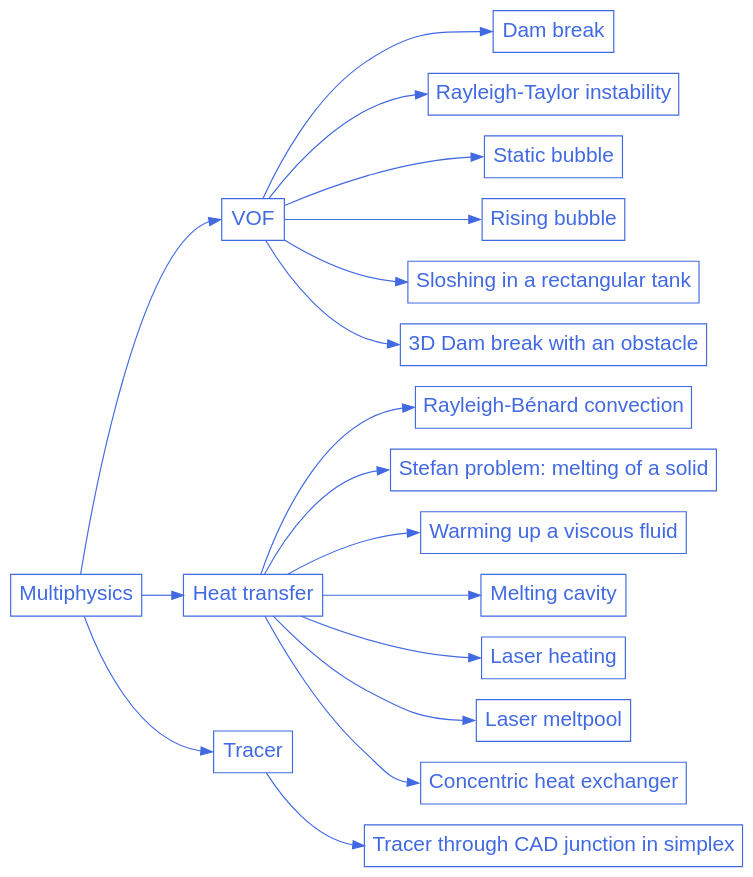
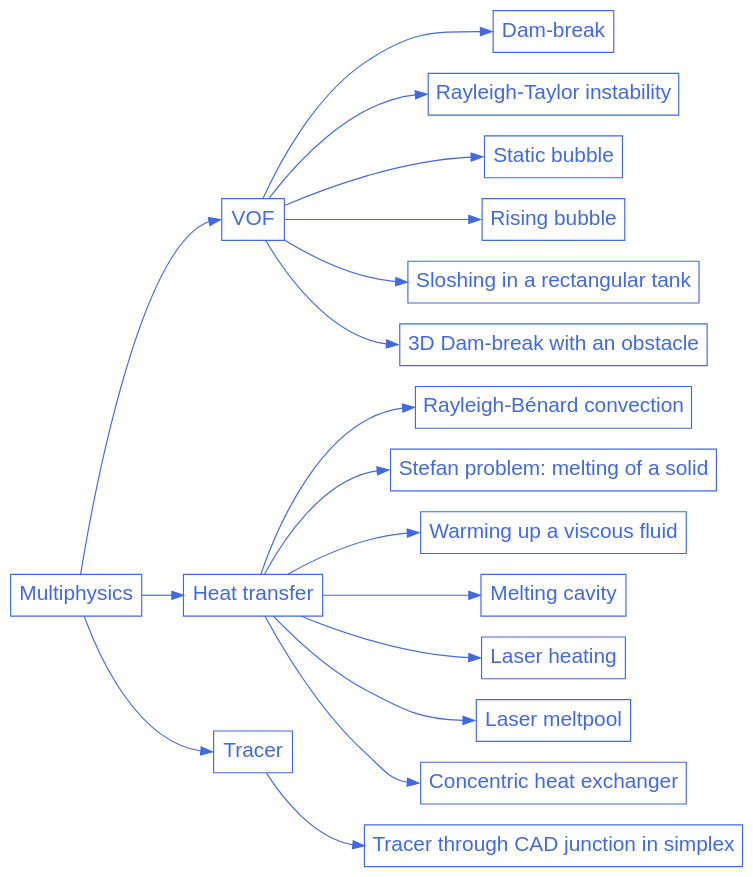
One commit to chaos-polymtl/lethe changed the diagram in doc/source/examples/multiphysics/multiphysics.rst. Above: the diagram before and after it, drawn with Graphviz. The commit also changed 23 other files, not shown here.

```diff
--- a/doc/source/examples/multiphysics/multiphysics.rst
+++ b/doc/source/examples/multiphysics/multiphysics.rst
@@ -14,66 +14,66 @@
 .. graphviz:: 
 
     digraph multiphysics_diagram {
       graph [bgcolor="transparent", align=true];
       node [fontname=Arial, fontsize=18, shape=box, fontcolor=royalblue, color=royalblue];
       edge [color=royalblue];
       rankdir="LR";
       size = "9,9";
       
       multiphysics [label="Multiphysics", href="https://lethe-cfd.github.io/lethe/examples/multiphysics/multiphysics.html"];
 
       multiphysics_1 [label="VOF", href="https://lethe-cfd.github.io/lethe/examples/multiphysics/vof.html"];  
 
-      multiphysics_1_1 [label="Dam break", href="https://lethe-cfd.github.io/lethe/examples/multiphysics/dam-break/dam-break.html"];  
+      multiphysics_1_1 [label="Dam-break", href="https://lethe-cfd.github.io/lethe/examples/multiphysics/dam-break/dam-break.html"];  
 
       multiphysics_1_2 [label="Rayleigh-Taylor instability", href="https://lethe-cfd.github.io/lethe/examples/multiphysics/rayleigh-taylor-instability/rayleigh-taylor-instability.html"];  
 
       multiphysics_1_3 [label="Static bubble", href="https://lethe-cfd.github.io/lethe/examples/multiphysics/static-bubble/static-bubble.html"];  
 
       multiphysics_1_4 [label="Rising bubble", href="https://lethe-cfd.github.io/lethe/examples/multiphysics/rising-bubble/rising-bubble.html"];  
 
       multiphysics_1_5 [label="Sloshing in a rectangular tank", href="https://lethe-cfd.github.io/lethe/examples/multiphysics/sloshing-in-rectangular-tank/sloshing-in-rectangular-tank.html"];  
 
-      multiphysics_1_6 [label="3D Dam break with an obstacle", href="https://lethe-cfd.github.io/lethe/examples/multiphysics/3d-dam-break/3d-dam-break.html"];  
+      multiphysics_1_6 [label="3D Dam-break with an obstacle", href="https://lethe-cfd.github.io/lethe/examples/multiphysics/3d-dam-break/3d-dam-break.html"];  
 
       multiphysics_2 [label="Heat transfer", href="https://lethe-cfd.github.io/lethe/examples/multiphysics/heat-transfer.html"];  
 
       multiphysics_2_1 [label="Rayleigh-Bénard convection", href="https://lethe-cfd.github.io/lethe/examples/multiphysics/rayleigh-benard-convection/rayleigh-benard-convection.html"]; 
 
       multiphysics_2_2 [label="Stefan problem: melting of a solid", href="https://lethe-cfd.github.io/lethe/examples/multiphysics/stefan-problem/stefan-problem.html"]; 
 
       multiphysics_2_3 [label="Warming up a viscous fluid", href="https://lethe-cfd.github.io/lethe/examples/multiphysics/warming-up-a-viscous-fluid/warming-up-a-viscous-fluid.html"]; 
 
       multiphysics_2_4 [label="Melting cavity", href="https://lethe-cfd.github.io/lethe/examples/multiphysics/melting-cavity/melting-cavity.html"]; 
 
       multiphysics_2_5 [label="Laser heating", href="https://lethe-cfd.github.io/lethe/examples/multiphysics/laser-heating/laser-heating.html"]; 
 
       multiphysics_2_6 [label="Laser meltpool", href="https://lethe-cfd.github.io/lethe/examples/multiphysics/laser-meltpool/laser-meltpool.html"]; 
 
       multiphysics_2_7 [label="Concentric heat exchanger", href="https://lethe-cfd.github.io/lethe/examples/multiphysics/concentric-heat-exchanger/concentric-heat-exchanger.html"]; 
 
       multiphysics_3 [label="Tracer", href="https://lethe-cfd.github.io/lethe/examples/multiphysics/tracer.html"];  
 
       multiphysics_3_1 [label="Tracer through CAD junction in simplex", href="https://lethe-cfd.github.io/lethe/examples/multiphysics/tracer-through-cad-junction/tracer-through-cad-junction.html"]; 
 
       multiphysics -> multiphysics_1:w;
       multiphysics -> multiphysics_2:w;
       multiphysics -> multiphysics_3:w;
 
       multiphysics_1 -> multiphysics_1_1:w;
       multiphysics_1 -> multiphysics_1_2:w;
       multiphysics_1 -> multiphysics_1_3:w;
       multiphysics_1 -> multiphysics_1_4:w;
       multiphysics_1 -> multiphysics_1_5:w;
       multiphysics_1 -> multiphysics_1_6:w;
 
       multiphysics_2 -> multiphysics_2_1:w;
       multiphysics_2 -> multiphysics_2_2:w;
       multiphysics_2 -> multiphysics_2_3:w;
       multiphysics_2 -> multiphysics_2_4:w;
       multiphysics_2 -> multiphysics_2_5:w;
       multiphysics_2 -> multiphysics_2_6:w;
       multiphysics_2 -> multiphysics_2_7:w;
 
       multiphysics_3 -> multiphysics_3_1:w;
     }
```
